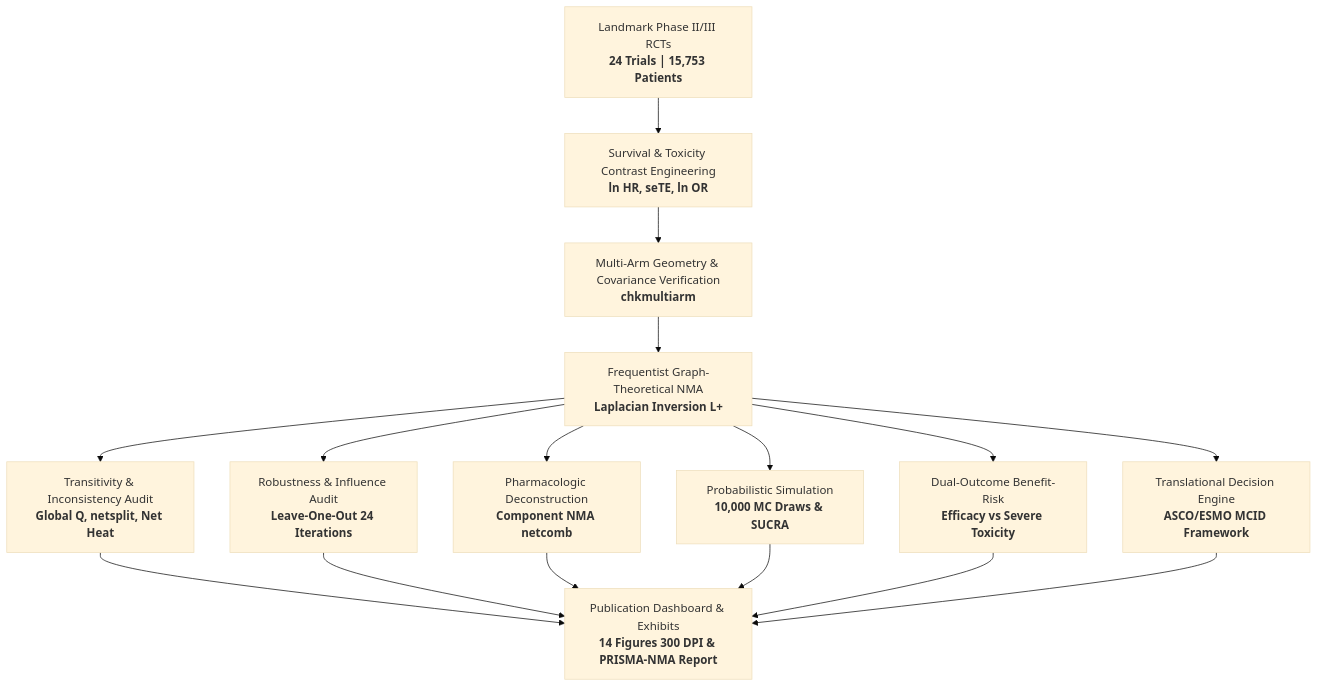
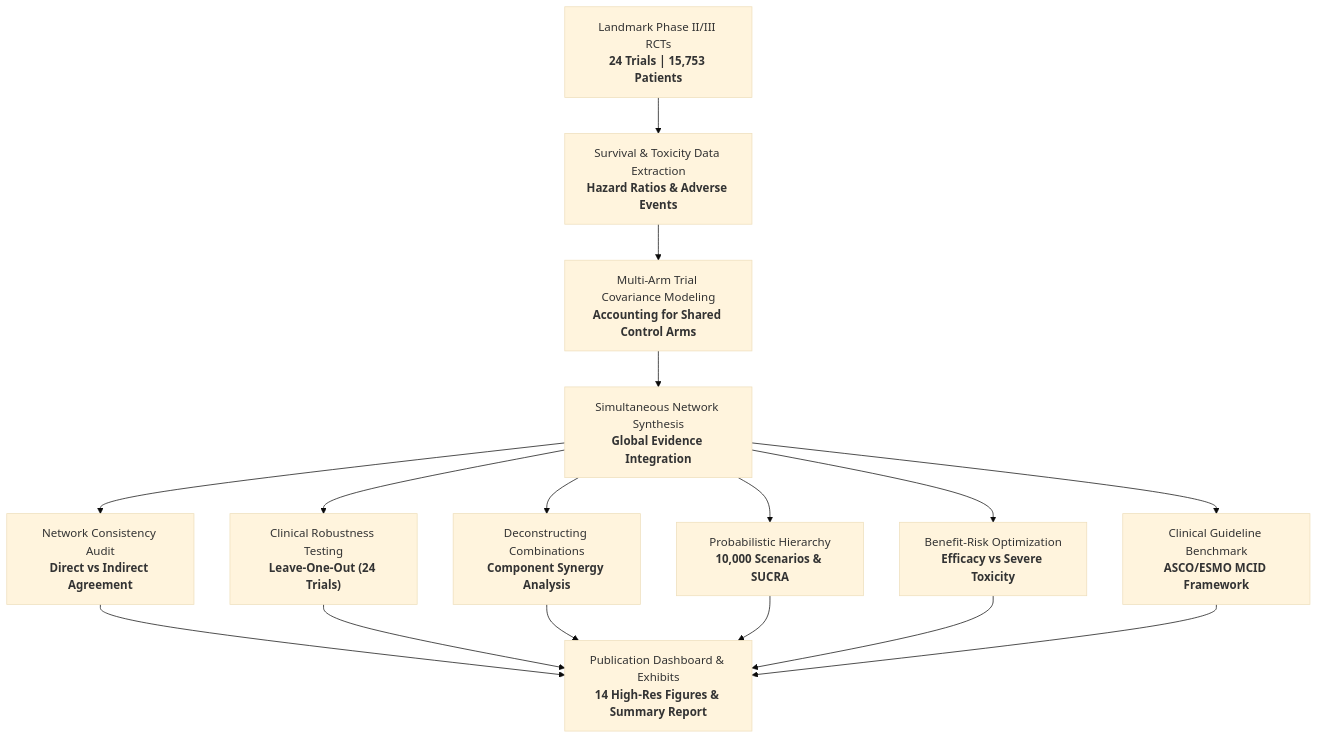
One commit to Mohamed101010101/nma-nsclc-evidence-synthesis changed the diagram in README.md. Above: the diagram before and after it, drawn with Mermaid (base theme). The commit also changed other lines of this file, not shown here.

Commit message:
docs: streamline README for clinical audiences by removing mathematical equations and focusing on medical evidence synthesis

````diff
--- a/README.md
+++ b/README.md
@@ -53,13 +54,13 @@
 ```mermaid
 flowchart TD
-    A["Landmark Phase II/III RCTs<br><b>24 Trials | 15,753 Patients</b>"] --> B["Survival & Toxicity Contrast Engineering<br><b>ln HR, seTE, ln OR</b>"]
-    B --> C["Multi-Arm Geometry & Covariance Verification<br><b>chkmultiarm</b>"]
-    C --> D["Frequentist Graph-Theoretical NMA<br><b>Laplacian Inversion L+</b>"]
-    D --> E1["Transitivity & Inconsistency Audit<br><b>Global Q, netsplit, Net Heat</b>"]
-    D --> E2["Robustness & Influence Audit<br><b>Leave-One-Out 24 Iterations</b>"]
-    D --> E3["Pharmacologic Deconstruction<br><b>Component NMA netcomb</b>"]
-    D --> E4["Probabilistic Simulation<br><b>10,000 MC Draws & SUCRA</b>"]
-    D --> E5["Dual-Outcome Benefit-Risk<br><b>Efficacy vs Severe Toxicity</b>"]
-    D --> E6["Translational Decision Engine<br><b>ASCO/ESMO MCID Framework</b>"]
-    E1 & E2 & E3 & E4 & E5 & E6 --> F["Publication Dashboard & Exhibits<br><b>14 Figures 300 DPI & PRISMA-NMA Report</b>"]
+    A["Landmark Phase II/III RCTs<br><b>24 Trials | 15,753 Patients</b>"] --> B["Survival & Toxicity Data Extraction<br><b>Hazard Ratios & Adverse Events</b>"]
+    B --> C["Multi-Arm Trial Covariance Modeling<br><b>Accounting for Shared Control Arms</b>"]
+    C --> D["Simultaneous Network Synthesis<br><b>Global Evidence Integration</b>"]
+    D --> E1["Network Consistency Audit<br><b>Direct vs Indirect Agreement</b>"]
+    D --> E2["Clinical Robustness Testing<br><b>Leave-One-Out (24 Trials)</b>"]
+    D --> E3["Deconstructing Combinations<br><b>Component Synergy Analysis</b>"]
+    D --> E4["Probabilistic Hierarchy<br><b>10,000 Scenarios & SUCRA</b>"]
+    D --> E5["Benefit-Risk Optimization<br><b>Efficacy vs Severe Toxicity</b>"]
+    D --> E6["Clinical Guideline Benchmark<br><b>ASCO/ESMO MCID Framework</b>"]
+    E1 & E2 & E3 & E4 & E5 & E6 --> F["Publication Dashboard & Exhibits<br><b>14 High-Res Figures & Summary Report</b>"]
 ```
````
